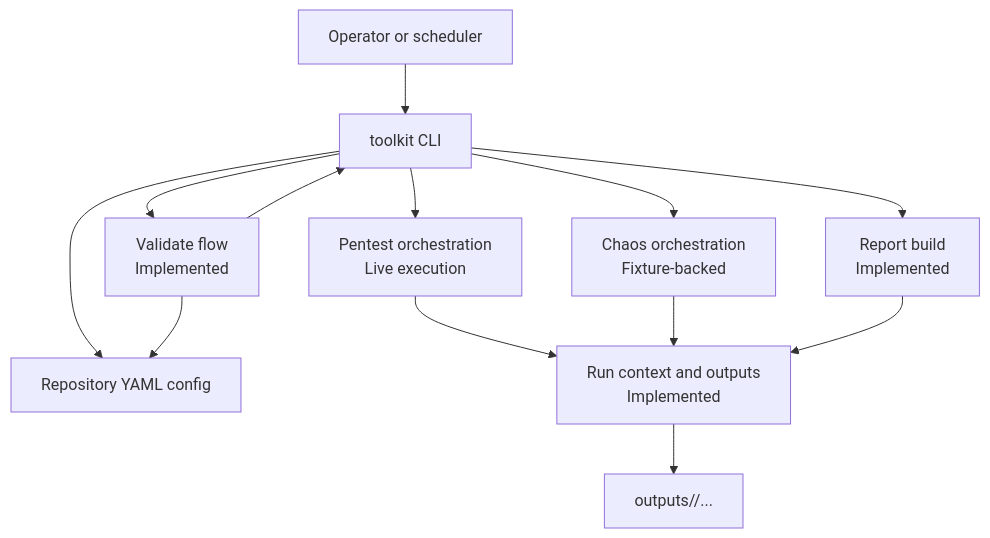
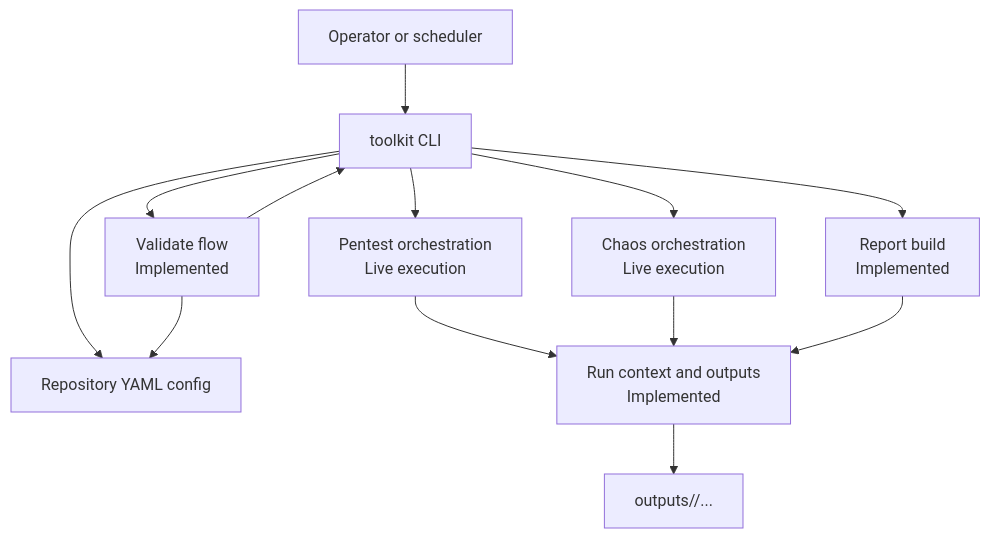
The first of 5 diagrams in docs/explanation/architecture.md (Sureinity/websec-chaos-toolkit), drawn with Mermaid before and after one commit. The commit also changed other lines of this file and 6 other files, not shown here.

First line of the commit message:
docs(chaos): add live chaos execution docs

````diff
--- a/docs/explanation/architecture.md
+++ b/docs/explanation/architecture.md
@@ -42,25 +39,25 @@
 ```mermaid
 flowchart TD
     operator[Operator or scheduler]
     cli[toolkit CLI]
     config[Repository YAML config]
     validate[Validate flow<br/>Implemented]
     runctx[Run context and outputs<br/>Implemented]
     pentest[Pentest orchestration<br/>Live execution]
-    chaos[Chaos orchestration<br/>Fixture-backed]
+    chaos[Chaos orchestration<br/>Live execution]
     report[Report build<br/>Implemented]
     outputs[outputs/<run-id>/...]
 
     operator --> cli
     cli --> config
     cli --> validate
     validate --> config
     validate --> cli
     cli --> pentest
     cli --> chaos
     cli --> report
     pentest --> runctx
     chaos --> runctx
     report --> runctx
     runctx --> outputs
 ```
````
